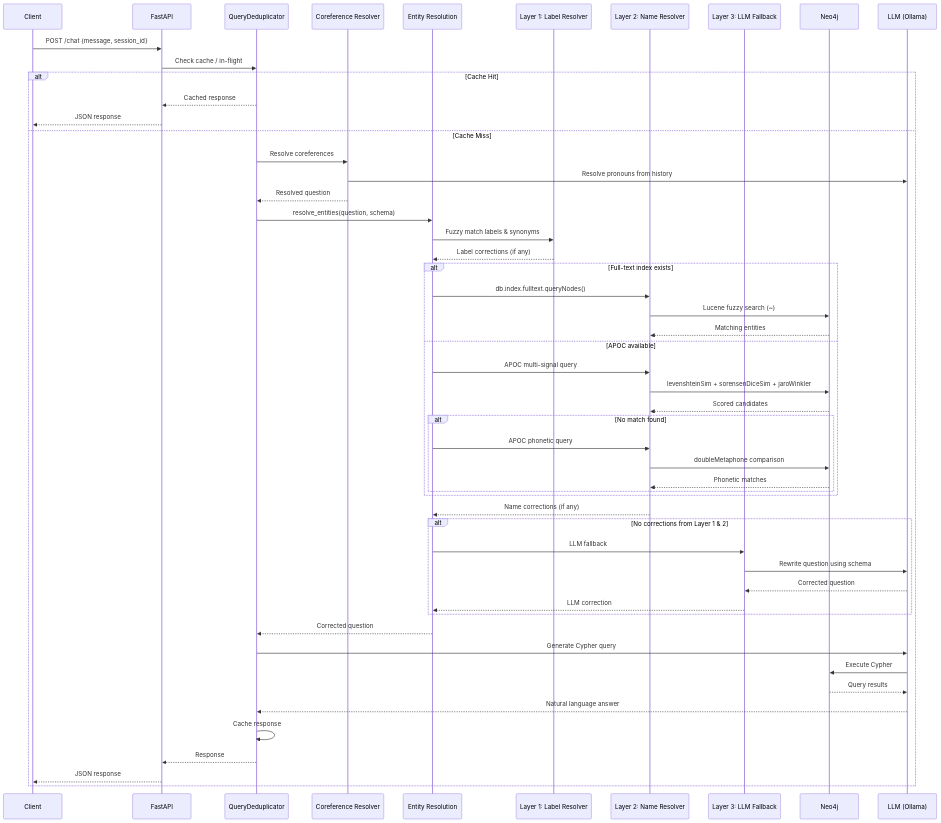
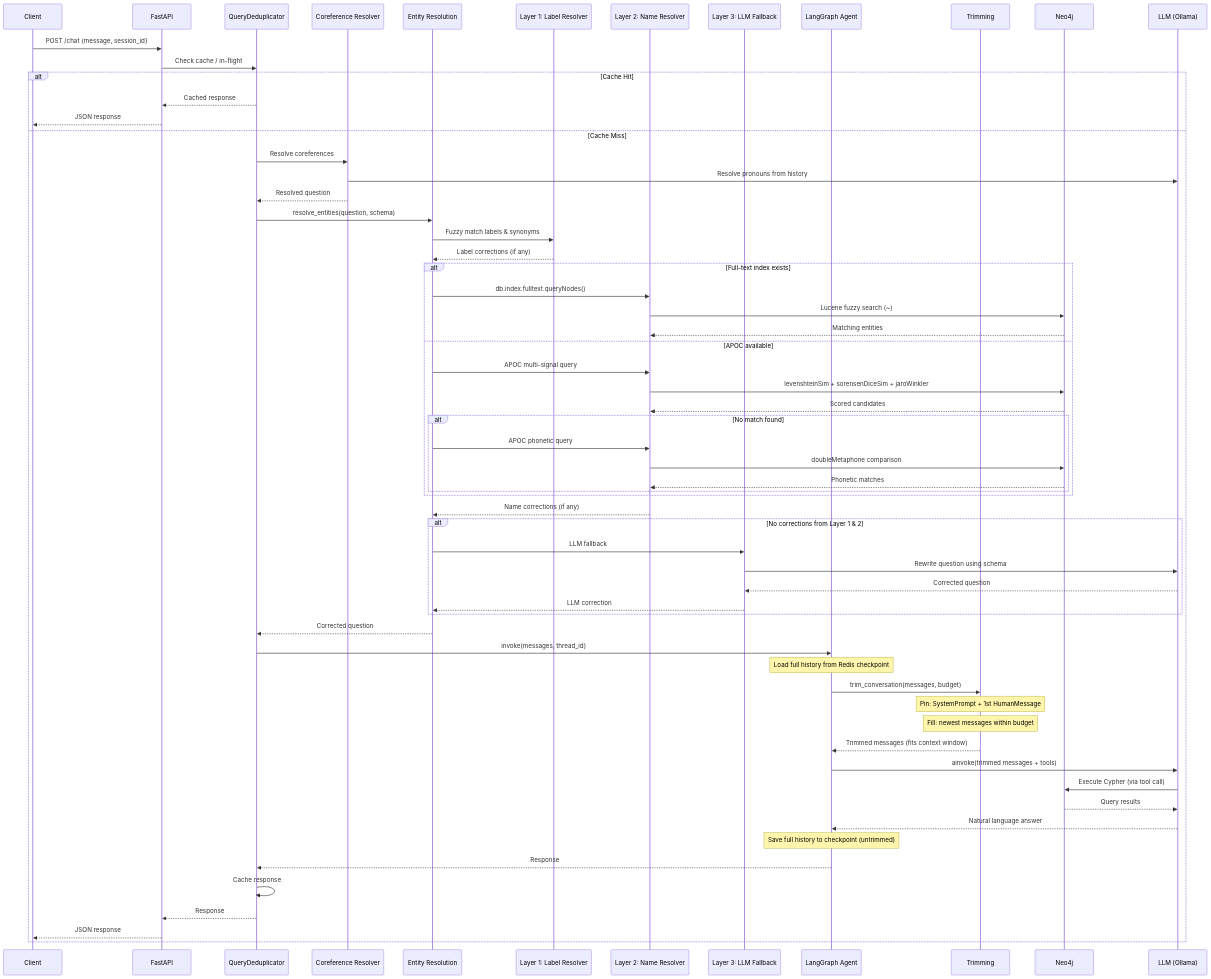
Before and after one commit to Noice1909/Neo4j-Agent: the first of 2 diagrams in app/README.md, drawn with Mermaid. The commit also changed other lines of this file and 12 other files, not shown here.

First line of the commit message:
feat: add token-based context window trimming for LLM calls

````diff
--- a/app/README.md
+++ b/app/README.md
@@ -101,60 +106,70 @@
 ```mermaid
 sequenceDiagram
     participant C as Client
     participant API as FastAPI
     participant QD as QueryDeduplicator
     participant CR as Coreference Resolver
     participant ER as Entity Resolution
     participant L1 as Layer 1: Label Resolver
     participant L2 as Layer 2: Name Resolver
     participant L3 as Layer 3: LLM Fallback
+    participant AG as LangGraph Agent
+    participant TM as Trimming
     participant Neo4j as Neo4j
     participant LLM as LLM (Ollama)
 
     C->>API: POST /chat {message, session_id}
     API->>QD: Check cache / in-flight
     alt Cache Hit
         QD-->>API: Cached response
         API-->>C: JSON response
     else Cache Miss
         QD->>CR: Resolve coreferences
         CR->>LLM: Resolve pronouns from history
         CR-->>QD: Resolved question
         QD->>ER: resolve_entities(question, schema)
 
         ER->>L1: Fuzzy match labels & synonyms
         L1-->>ER: Label corrections (if any)
 
         alt Full-text index exists
             ER->>L2: db.index.fulltext.queryNodes()
             L2->>Neo4j: Lucene fuzzy search (~)
             Neo4j-->>L2: Matching entities
         else APOC available
             ER->>L2: APOC multi-signal query
             L2->>Neo4j: levenshteinSim + sorensenDiceSim + jaroWinkler
             Neo4j-->>L2: Scored candidates
             alt No match found
                 ER->>L2: APOC phonetic query
                 L2->>Neo4j: doubleMetaphone comparison
                 Neo4j-->>L2: Phonetic matches
             end
         end
         L2-->>ER: Name corrections (if any)
 
         alt No corrections from Layer 1 & 2
             ER->>L3: LLM fallback
             L3->>LLM: Rewrite question using schema
             LLM-->>L3: Corrected question
             L3-->>ER: LLM correction
         end
 
         ER-->>QD: Corrected question
-        QD->>LLM: Generate Cypher query
-        LLM->>Neo4j: Execute Cypher
+        QD->>AG: invoke(messages, thread_id)
+        Note over AG: Load full history from Redis checkpoint
+        AG->>TM: trim_conversation(messages, budget)
+        Note over TM: Pin: SystemPrompt + 1st HumanMessage
+        Note over TM: Fill: newest messages within budget
+        TM-->>AG: Trimmed messages (fits context window)
+        AG->>LLM: ainvoke(trimmed messages + tools)
+        LLM->>Neo4j: Execute Cypher (via tool call)
         Neo4j-->>LLM: Query results
-        LLM-->>QD: Natural language answer
+        LLM-->>AG: Natural language answer
+        Note over AG: Save full history to checkpoint (untrimmed)
+        AG-->>QD: Response
         QD->>QD: Cache response
         QD-->>API: Response
         API-->>C: JSON response
     end
 ```
````
